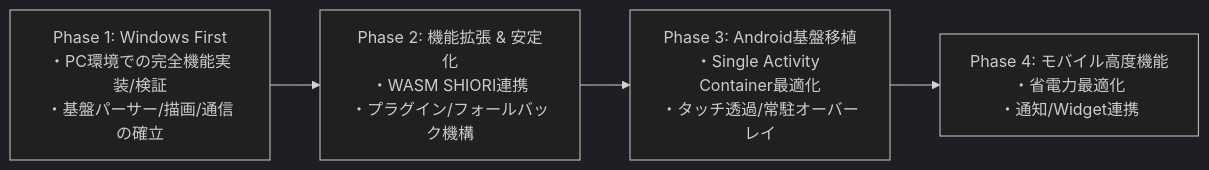
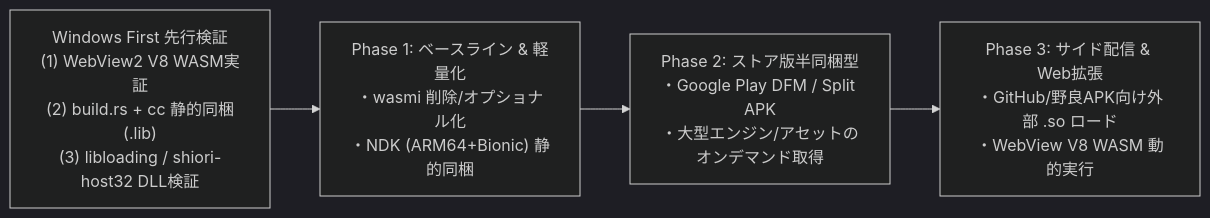
One commit to nanaisisi/nanai-android-mascot changed the first of 2 diagrams in docs/doc/process/development-approach.md. Above: the diagram before and after it, drawn with Mermaid (dark theme). The commit also changed other lines of this file and 6 other files, not shown here.

````diff
--- a/docs/doc/process/development-approach.md
+++ b/docs/doc/process/development-approach.md
@@ -30,6 +30,6 @@
 ```mermaid
 flowchart LR
-    A["Phase 1: Windows First<br>・PC環境での完全機能実装/検証<br>・基盤パーサー/描画/通信の確立"] --> B["Phase 2: 機能拡張 & 安定化<br>・WASM SHIORI連携<br>・プラグイン/フォールバック機構"]
-    B --> C["Phase 3: Android基盤移植<br>・Single Activity Container最適化<br>・タッチ透過/常駐オーバーレイ"]
-    C --> D["Phase 4: モバイル高度機能<br>・省電力最適化<br>・通知/Widget連携"]
+    W["Windows First 先行検証<br>(1) WebView2 V8 WASM実証<br>(2) build.rs + cc 静的同梱(.lib)<br>(3) libloading / shiori-host32 DLL検証"] --> P1["Phase 1: ベースライン & 軽量化<br>・wasmi 削除/オプショナル化<br>・NDK (ARM64+Bionic) 静的同梱"]
+    P1 --> P2["Phase 2: ストア版半同梱型<br>・Google Play DFM / Split APK<br>・大型エンジン/アセットのオンデマンド取得"]
+    P2 --> P3["Phase 3: サイド配信 & Web拡張<br>・GitHub/野良APK向け外部 .so ロード<br>・WebView V8 WASM 動的実行"]
 ```
````
